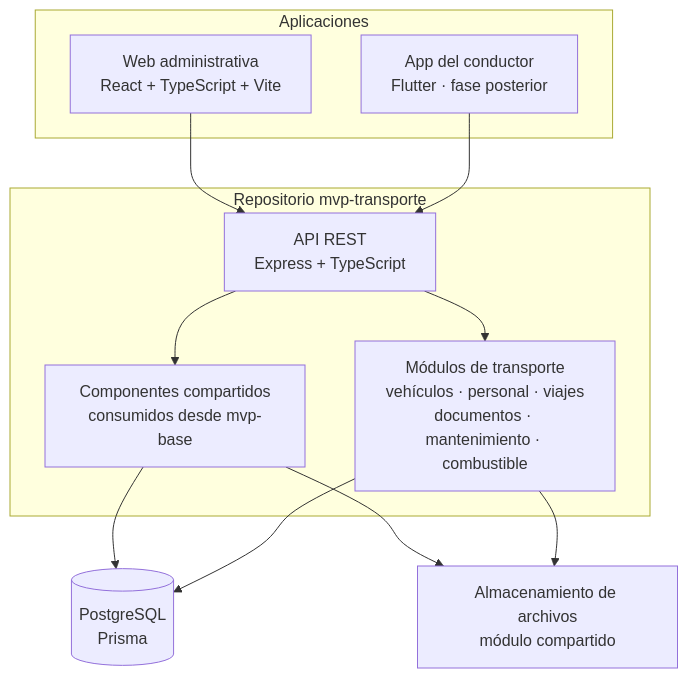
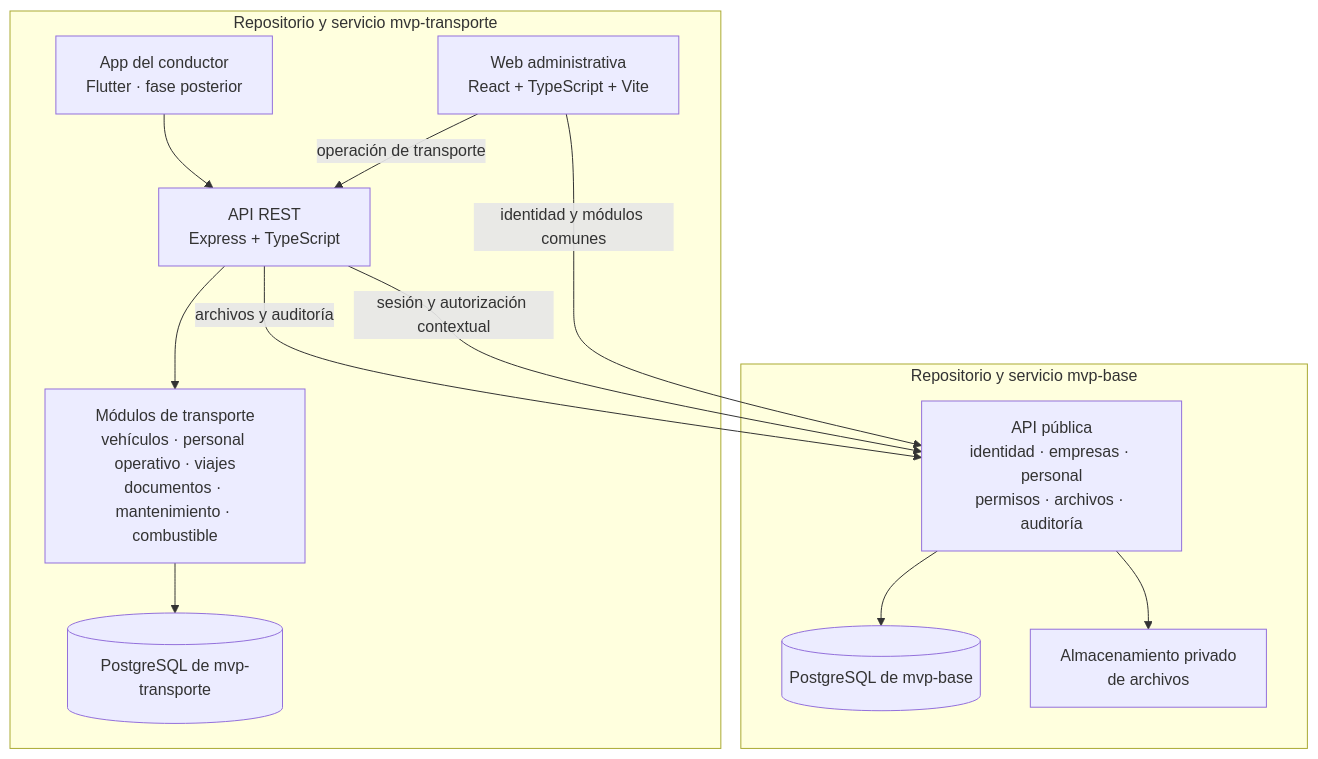
One commit to joseluiszamora/mvp-transporte changed the diagram in docs/architecture.md. Above: the diagram before and after it, drawn with Mermaid. The commit also changed other lines of this file and 15 other files, not shown here.

Commit message:
chore: define mvp-base integration boundary

````diff
--- a/docs/architecture.md
+++ b/docs/architecture.md
@@ -9,22 +9,24 @@
 ```mermaid
 flowchart TB
-  subgraph CLIENTS[Aplicaciones]
+  subgraph BASE[Repositorio y servicio mvp-base]
+    BASE_API[API pública<br/>identidad · empresas · personal<br/>permisos · archivos · auditoría]
+    BASE_DB[(PostgreSQL de mvp-base)]
+    BASE_FILES[Almacenamiento privado<br/>de archivos]
+  end
+  subgraph PRODUCT[Repositorio y servicio mvp-transporte]
     WEB[Web administrativa<br/>React + TypeScript + Vite]
     MOBILE[App del conductor<br/>Flutter · fase posterior]
+    API[API REST<br/>Express + TypeScript]
+    TRANSPORT[Módulos de transporte<br/>vehículos · personal operativo · viajes<br/>documentos · mantenimiento · combustible]
+    DB[(PostgreSQL de mvp-transporte)]
   end
-  subgraph PRODUCT[Repositorio mvp-transporte]
-    API[API REST<br/>Express + TypeScript]
-    PLATFORM[Componentes compartidos<br/>consumidos desde mvp-base]
-    TRANSPORT[Módulos de transporte<br/>vehículos · personal · viajes<br/>documentos · mantenimiento · combustible]
-  end
-  DB[(PostgreSQL<br/>Prisma)]
-  FILES[Almacenamiento de archivos<br/>módulo compartido]
-  WEB --> API
+  WEB -->|identidad y módulos comunes| BASE_API
+  WEB -->|operación de transporte| API
   MOBILE --> API
-  API --> PLATFORM
   API --> TRANSPORT
-  PLATFORM --> DB
   TRANSPORT --> DB
-  PLATFORM --> FILES
-  TRANSPORT --> FILES
+  API -->|sesión y autorización contextual| BASE_API
+  API -->|archivos y auditoría| BASE_API
+  BASE_API --> BASE_DB
+  BASE_API --> BASE_FILES
 ```
````
